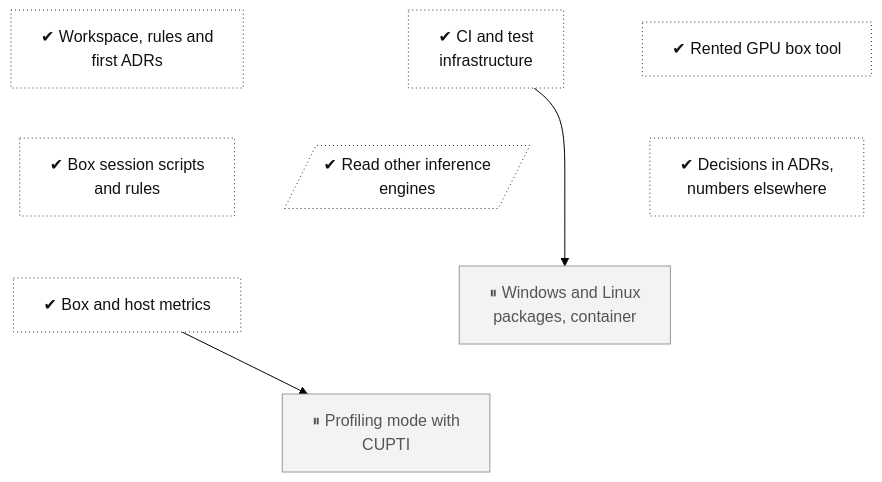
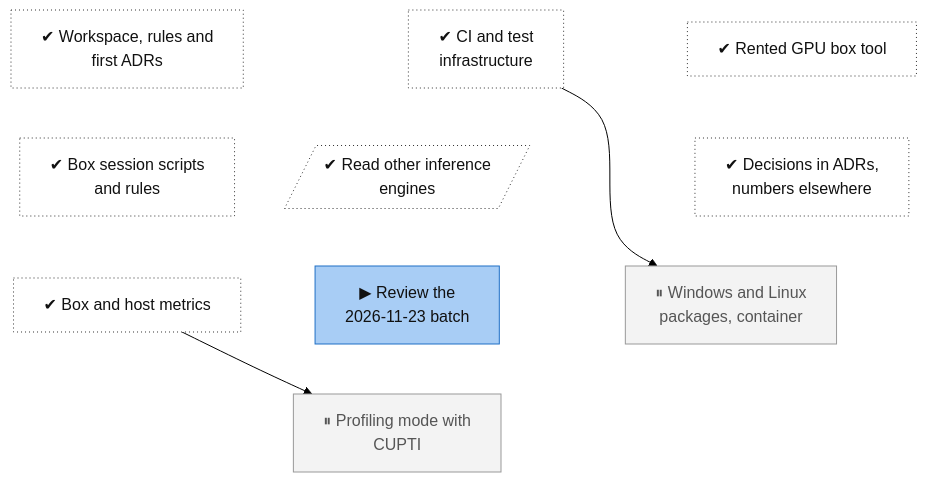
One commit to lhns/tetraeder changed the diagram in docs/roadmap/tracks/ops.md. Above: the diagram before and after it, drawn with Mermaid (forest theme). The commit also changed other lines of this file and 6 other files, not shown here.

Commit message:
Roadmap: serving-parity-libllama and cluster-transport-wan in progress, review node for the 2026-11-23 batch; plan status line (not measured)

````diff
--- a/docs/roadmap/tracks/ops.md
+++ b/docs/roadmap/tracks/ops.md
@@ -10,38 +10,41 @@
 ```mermaid
 flowchart TB
     ops_foundations["✔ Workspace, rules and<br/>first ADRs"]
     ops_ci["✔ CI and test<br/>infrastructure"]
     ops_taxameter["✔ Rented GPU box tool"]
     ops_box_driver["✔ Box session scripts<br/>and rules"]
     ops_external_reads[/"✔ Read other inference<br/>engines"/]
     ops_docs["✔ Decisions in ADRs,<br/>numbers elsewhere"]
     ops_telemetry["✔ Box and host metrics"]
+    ops_review_parity_batch["▶ Review the<br/>2026-11-23 batch"]
     ops_packages["⏸ Windows and Linux<br/>packages, container"]
     ops_profiling_mode["⏸ Profiling mode with<br/>CUPTI"]
     ops_foundations ~~~ ops_box_driver
     ops_ci ~~~ ops_external_reads
     ops_taxameter ~~~ ops_docs
     ops_box_driver ~~~ ops_telemetry
-    ops_external_reads ~~~ ops_packages
+    ops_external_reads ~~~ ops_review_parity_batch
     ops_docs ~~~ ops_packages
     ops_telemetry ~~~ ops_profiling_mode
+    ops_review_parity_batch ~~~ ops_profiling_mode
     ops_packages ~~~ ops_profiling_mode
     ops_ci --> ops_packages
     ops_telemetry --> ops_profiling_mode
     classDef vsucc fill:#2e9e4f,stroke:#1b6b34,color:#fff
     classDef succ fill:#bfe8c8,stroke:#2e9e4f,color:#111
     classDef mixed fill:#ffd37a,stroke:#c98a00,color:#111
     classDef bad fill:#f28b82,stroke:#b3261e,color:#111
     classDef dead fill:#e6e6e6,stroke:#777,stroke-dasharray:5 5,color:#555
     classDef inprog fill:#a8cdf5,stroke:#1f6fc5,color:#111
     classDef next fill:#fff,stroke:#333,color:#111
     classDef blocked fill:#fff,stroke:#b3261e,stroke-dasharray:2 2,color:#111
     classDef parked fill:#f3f3f3,stroke:#999,color:#555
     classDef unrated fill:#fff,stroke:#333,stroke-dasharray:1 3,color:#111
     classDef gate fill:#d9c2f0,stroke:#7b3fb5,color:#111
     classDef decided fill:#ece0f7,stroke:#7b3fb5,stroke-dasharray:2 2,color:#111
     classDef finding fill:#ffe0b2,stroke:#d84315,stroke-width:2px,color:#111
     classDef waiting fill:#e3f2fd,stroke:#1f6fc5,stroke-dasharray:5 5,color:#111
     class ops_foundations,ops_ci,ops_taxameter,ops_box_driver,ops_external_reads,ops_docs,ops_telemetry unrated
+    class ops_review_parity_batch inprog
     class ops_packages,ops_profiling_mode parked
 ```
````
